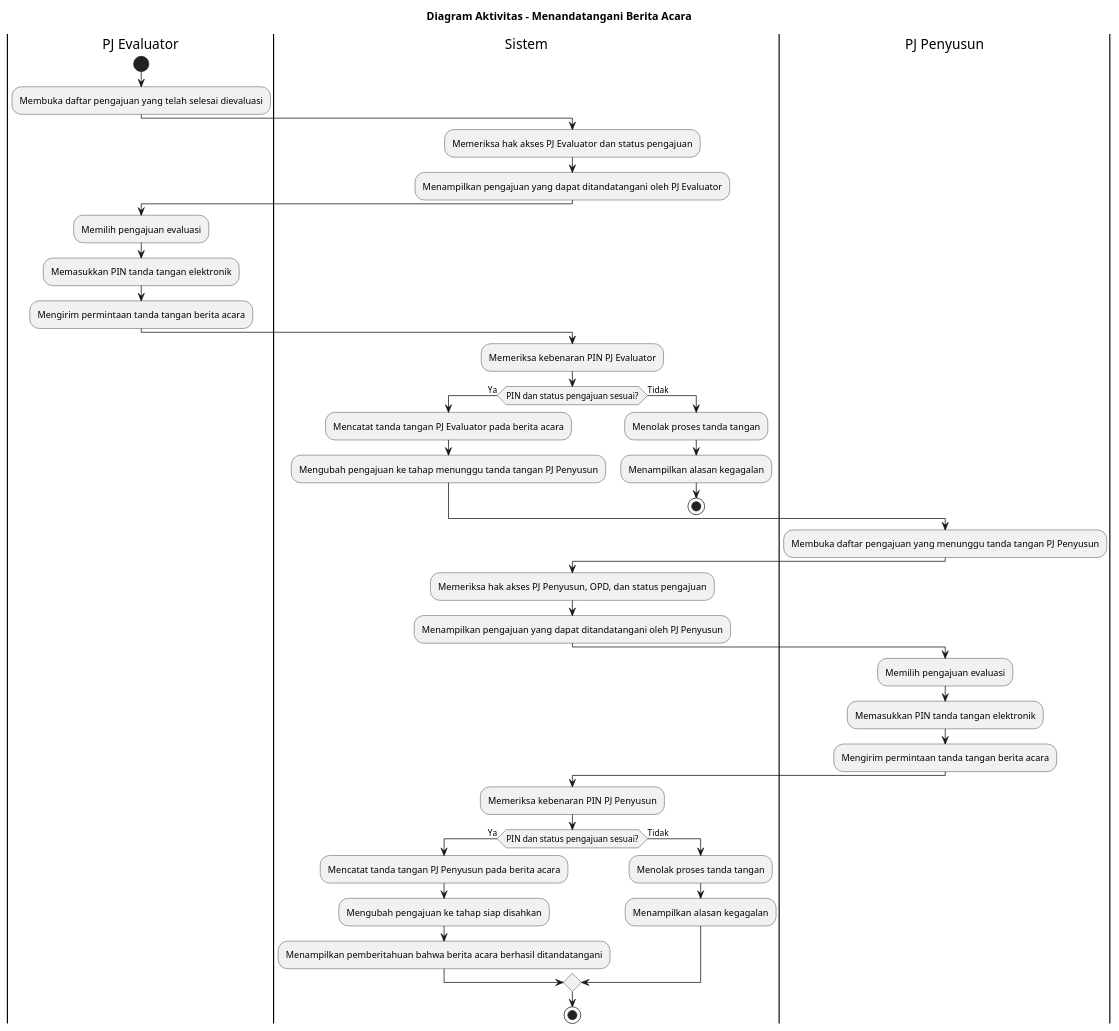
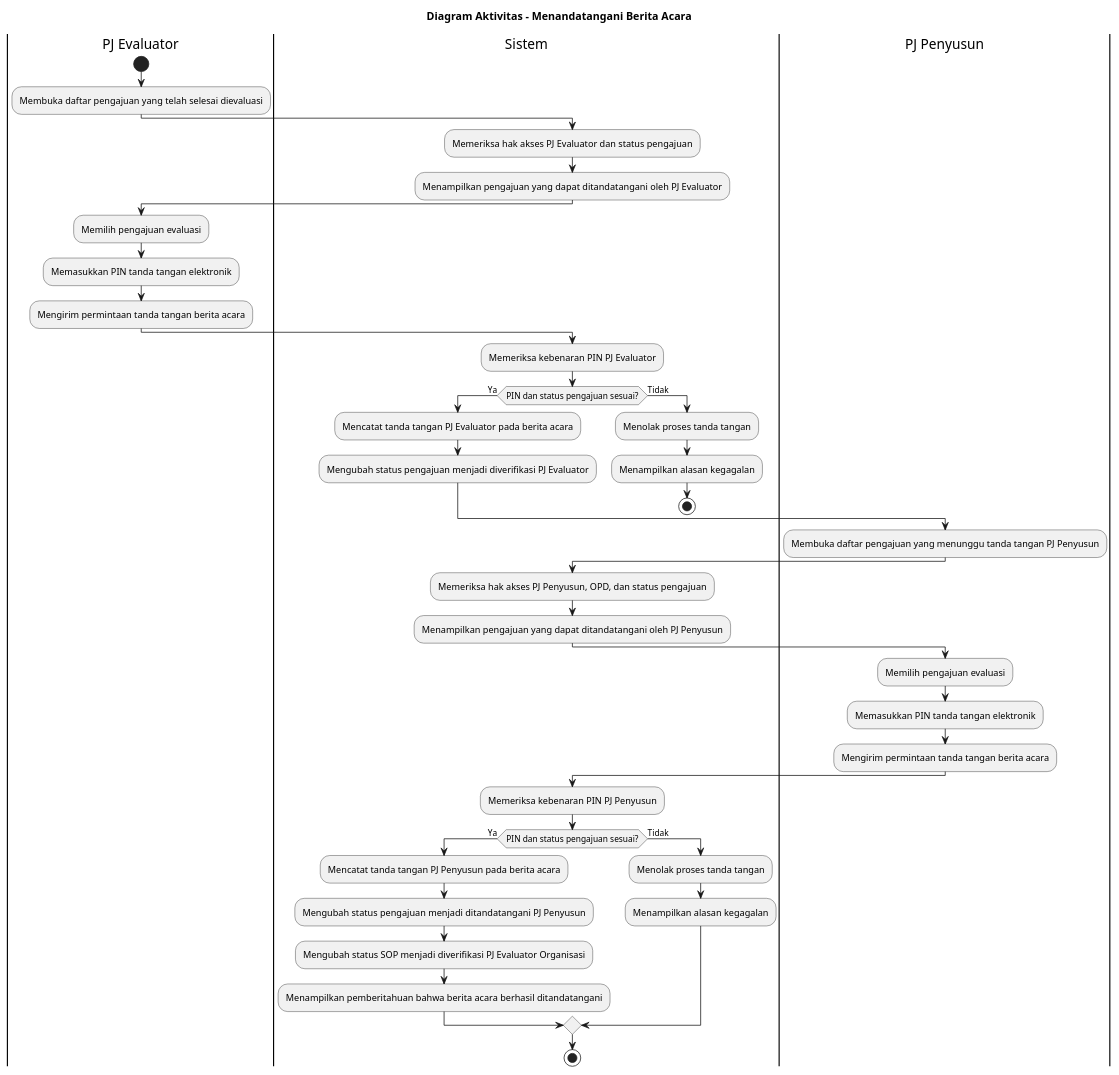
One commit to howlil/sop-generate-app changed the diagram in docs/activity-diagram/pj-evaluator-pj-penyusun-menandatangani-berita-acara.md. Above: the diagram before and after it, drawn with PlantUML. The commit also changed 18 other files, not shown here.

````diff
--- a/docs/activity-diagram/pj-evaluator-pj-penyusun-menandatangani-berita-acara.md
+++ b/docs/activity-diagram/pj-evaluator-pj-penyusun-menandatangani-berita-acara.md
@@ -16,54 +16,55 @@
 ```plantuml
 @startuml
 title Diagram Aktivitas - Menandatangani Berita Acara
 
 |PJ Evaluator|
 start
 :Membuka daftar pengajuan yang telah selesai dievaluasi;
 
 |Sistem|
 :Memeriksa hak akses PJ Evaluator dan status pengajuan;
 :Menampilkan pengajuan yang dapat ditandatangani oleh PJ Evaluator;
 
 |PJ Evaluator|
 :Memilih pengajuan evaluasi;
 :Memasukkan PIN tanda tangan elektronik;
 :Mengirim permintaan tanda tangan berita acara;
 
 |Sistem|
 :Memeriksa kebenaran PIN PJ Evaluator;
 if (PIN dan status pengajuan sesuai?) then (Ya)
   :Mencatat tanda tangan PJ Evaluator pada berita acara;
-  :Mengubah pengajuan ke tahap menunggu tanda tangan PJ Penyusun;
+  :Mengubah status pengajuan menjadi diverifikasi PJ Evaluator;
 else (Tidak)
   :Menolak proses tanda tangan;
   :Menampilkan alasan kegagalan;
   stop
 endif
 
 |PJ Penyusun|
 :Membuka daftar pengajuan yang menunggu tanda tangan PJ Penyusun;
 
 |Sistem|
 :Memeriksa hak akses PJ Penyusun, OPD, dan status pengajuan;
 :Menampilkan pengajuan yang dapat ditandatangani oleh PJ Penyusun;
 
 |PJ Penyusun|
 :Memilih pengajuan evaluasi;
 :Memasukkan PIN tanda tangan elektronik;
 :Mengirim permintaan tanda tangan berita acara;
 
 |Sistem|
 :Memeriksa kebenaran PIN PJ Penyusun;
 if (PIN dan status pengajuan sesuai?) then (Ya)
   :Mencatat tanda tangan PJ Penyusun pada berita acara;
-  :Mengubah pengajuan ke tahap siap disahkan;
+  :Mengubah status pengajuan menjadi ditandatangani PJ Penyusun;
+  :Mengubah status SOP menjadi diverifikasi PJ Evaluator Organisasi;
   :Menampilkan pemberitahuan bahwa berita acara berhasil ditandatangani;
 else (Tidak)
   :Menolak proses tanda tangan;
   :Menampilkan alasan kegagalan;
 endif
 
 stop
 @enduml
 ```
````
